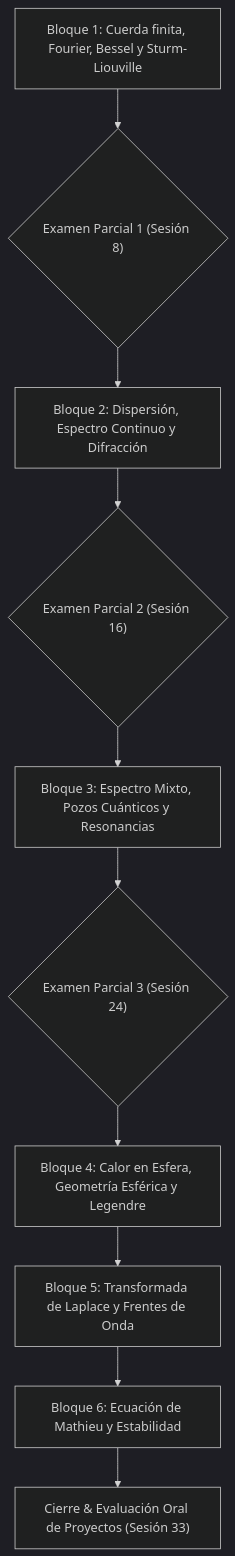
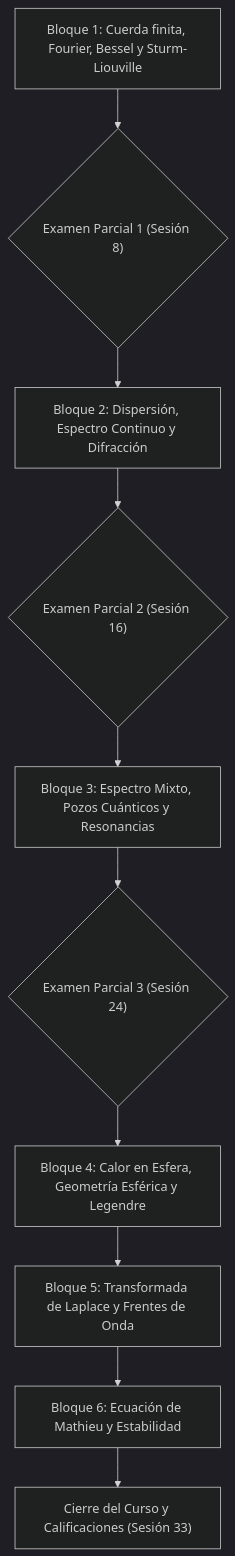
The diagram in MoC/MAF_MoC.md (razamoraz/MAFisica_2027_1), drawn with Mermaid (dark theme) before and after one commit. The commit also changed other lines of this file and 2 other files, not shown here.

Commit message:
docs: align final project guide and navigation with office-hours defenses schedule

````diff
--- a/MoC/MAF_MoC.md
+++ b/MoC/MAF_MoC.md
@@ -14,12 +14,12 @@
 ```mermaid
 graph TD
     B1["Bloque 1: Cuerda finita, Fourier, Bessel y Sturm-Liouville"] --> P1{"Examen Parcial 1 (Sesión 8)"}
     P1 --> B2["Bloque 2: Dispersión, Espectro Continuo y Difracción"]
     B2 --> P2{"Examen Parcial 2 (Sesión 16)"}
     P2 --> B3["Bloque 3: Espectro Mixto, Pozos Cuánticos y Resonancias"]
     B3 --> P3{"Examen Parcial 3 (Sesión 24)"}
     P3 --> B4["Bloque 4: Calor en Esfera, Geometría Esférica y Legendre"]
     B4 --> B5["Bloque 5: Transformada de Laplace y Frentes de Onda"]
     B5 --> B6["Bloque 6: Ecuación de Mathieu y Estabilidad"]
-    B6 --> Final["Cierre & Evaluación Oral de Proyectos (Sesión 33)"]
+    B6 --> Final["Cierre del Curso y Calificaciones (Sesión 33)"]
 ```
````
